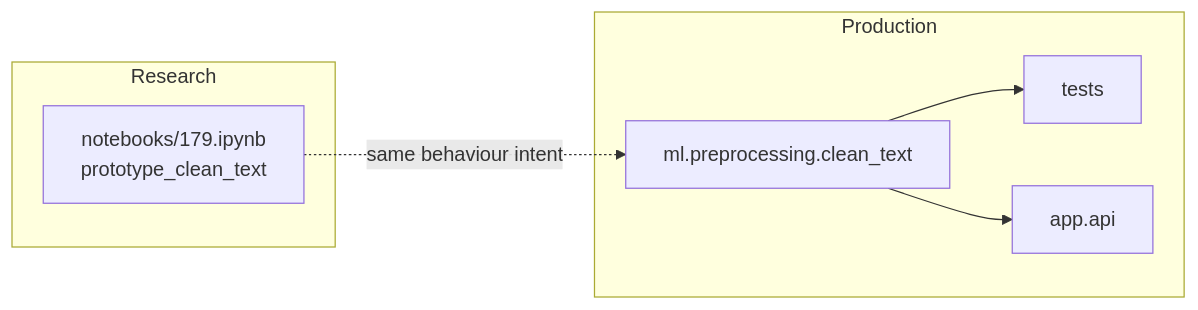
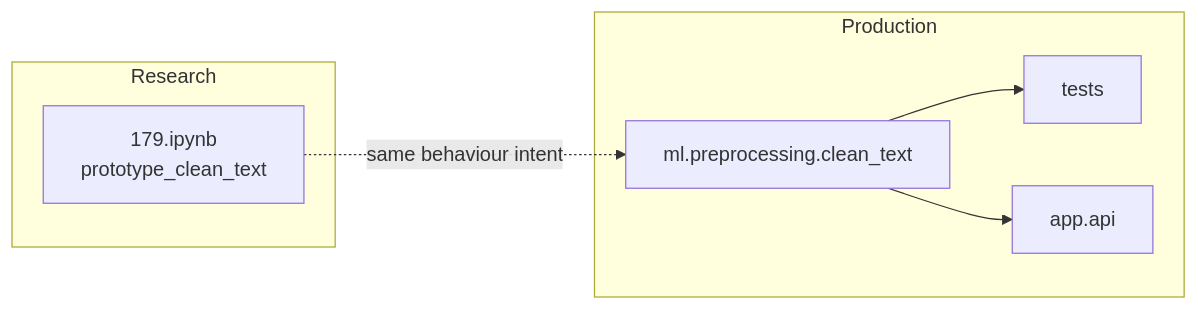
One commit to pratapwagle/SEML_Assignment2_ResumeGrader changed the eighth of 8 diagrams in architecture.md. Above: the diagram before and after it, drawn with Mermaid. The commit also changed other lines of this file and 5 other files, not shown here.

````diff
--- a/architecture.md
+++ b/architecture.md
@@ -569,14 +566,14 @@
 ```mermaid
 flowchart LR
  subgraph Research
- NB[notebooks/179.ipynb<br/>prototype_clean_text]
+ NB[179.ipynb<br/>prototype_clean_text]
  end
  subgraph Production
  MOD[ml.preprocessing.clean_text]
  T[tests]
  API[app.api]
  end
  NB -.->|same behaviour intent| MOD
  MOD --> T
  MOD --> API
 ```
````
